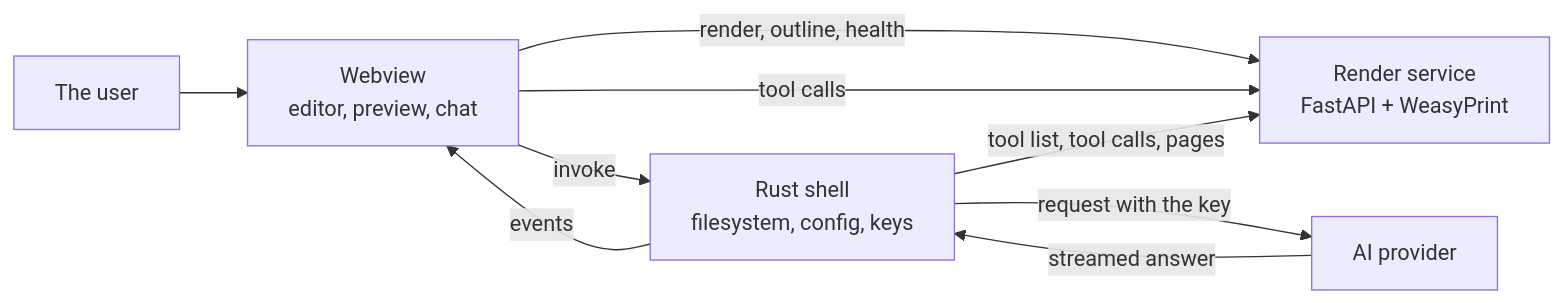
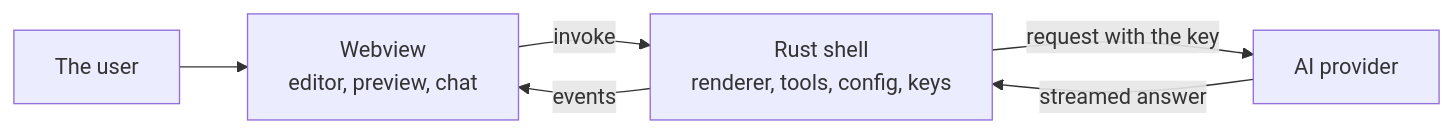
Before and after one commit to YueMi-Development/YueMi-Office: the first of 2 diagrams in docs/architecture.md, drawn with Mermaid. The commit also changed other lines of this file and 132 other files, not shown here.

````diff
--- a/docs/architecture.md
+++ b/docs/architecture.md
@@ -28,11 +24,8 @@
 ```mermaid
 flowchart LR
     U["The user"] --> W["Webview<br/>editor, preview, chat"]
-    W -->|"render, outline, health"| R["Render service<br/>FastAPI + WeasyPrint"]
-    W -->|"tool calls"| R
-    W -->|"invoke"| S["Rust shell<br/>filesystem, config, keys"]
-    S -->|"tool list, tool calls, pages"| R
+    W -->|"invoke"| S["Rust shell<br/>renderer, tools, config, keys"]
     S -->|"request with the key"| P["AI provider"]
     P -->|"streamed answer"| S
     S -->|"events"| W
 ```
````
